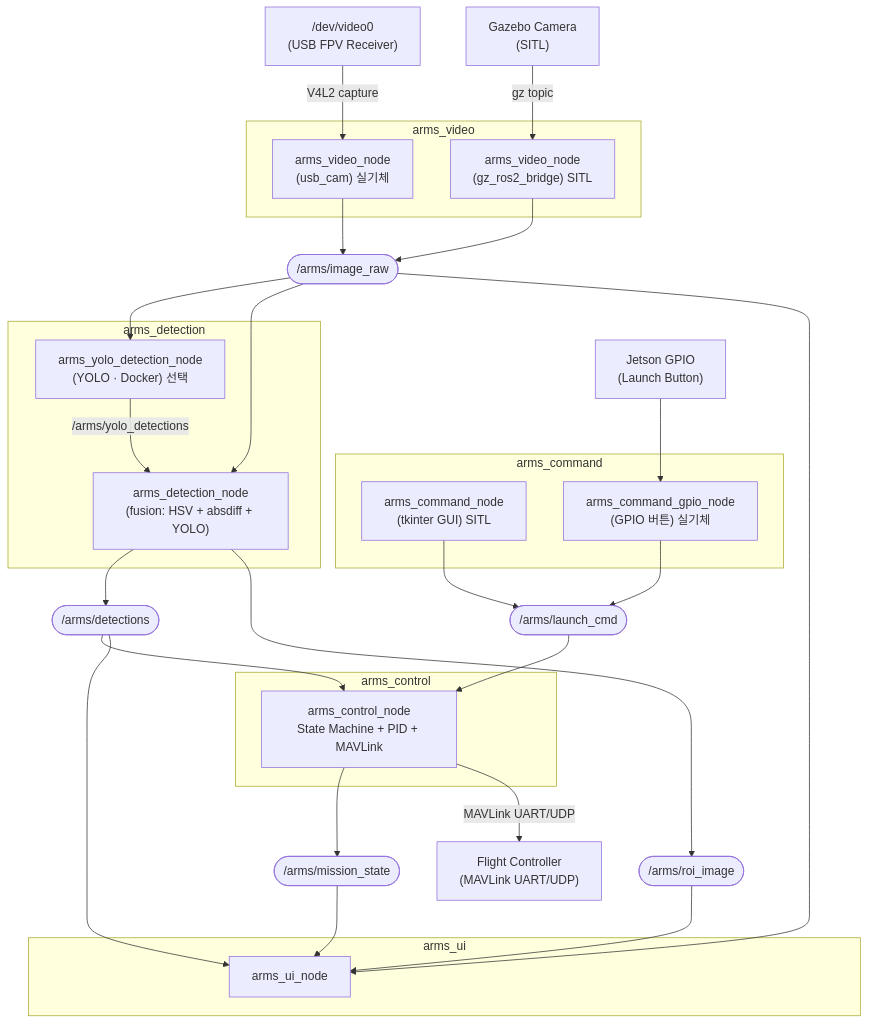
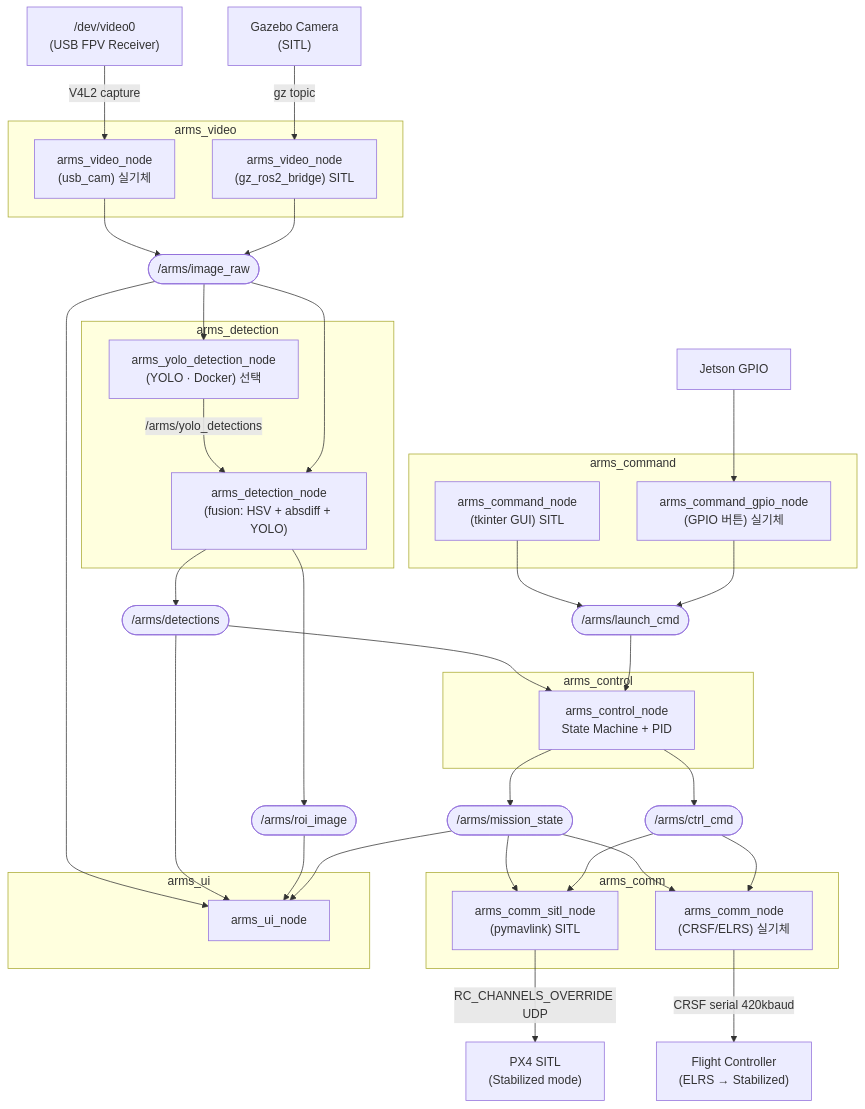
Before and after one commit to tokhun2002/A.R.M.S.-Anti-drone-Reusable-Modular-System-: the first of 3 diagrams in SW/docs/DESIGN.md, drawn with Mermaid. The commit also changed other lines of this file and 19 other files, not shown here.

Commit message:
fix: control, comm 분리

````diff
--- a/SW/docs/DESIGN.md
+++ b/SW/docs/DESIGN.md
@@ -59,59 +61,72 @@
 ```mermaid
 graph TD
+    GAZEBO["Gazebo Camera<br/>(SITL)"]
     V4L2["/dev/video0<br/>(USB FPV Receiver)"]
-    GAZEBO["Gazebo Camera<br/>(SITL)"]
-    GPIO["Jetson GPIO<br/>(Launch Button)"]
+    GPIO["Jetson GPIO"]
 
     subgraph arms_video ["arms_video"]
         VN_REAL["arms_video_node<br/>(usb_cam) 실기체"]
         VN_SITL["arms_video_node<br/>(gz_ros2_bridge) SITL"]
     end
 
     IMAGE(["/arms/image_raw"])
 
     subgraph arms_detection ["arms_detection"]
         DN_YOLO["arms_yolo_detection_node<br/>(YOLO · Docker) 선택"]
         DN_FUSION["arms_detection_node<br/>(fusion: HSV + absdiff + YOLO)"]
         DN_YOLO -->|/arms/yolo_detections| DN_FUSION
     end
 
     subgraph arms_command ["arms_command"]
         CMD_GUI["arms_command_node<br/>(tkinter GUI) SITL"]
         CMD_GPIO["arms_command_gpio_node<br/>(GPIO 버튼) 실기체"]
     end
 
     DETECTIONS(["/arms/detections"])
     ROI_IMAGE(["/arms/roi_image"])
     LAUNCH_CMD(["/arms/launch_cmd"])
     MISSION_STATE(["/arms/mission_state"])
+    CTRL_CMD(["/arms/ctrl_cmd"])
 
     subgraph arms_control ["arms_control"]
-        CN["arms_control_node<br/>State Machine + PID + MAVLink"]
+        CN["arms_control_node<br/>State Machine + PID"]
+    end
+
+    subgraph arms_comm ["arms_comm"]
+        COMM_SITL["arms_comm_sitl_node<br/>(pymavlink) SITL"]
+        COMM_HW["arms_comm_node<br/>(CRSF/ELRS) 실기체"]
     end
 
     subgraph arms_ui ["arms_ui"]
         UN["arms_ui_node"]
     end
 
-    FC["Flight Controller<br/>(MAVLink UART/UDP)"]
+    FC_SITL["PX4 SITL<br/>(Stabilized mode)"]
+    FC_HW["Flight Controller<br/>(ELRS → Stabilized)"]
 
     V4L2 -->|V4L2 capture| VN_REAL
     GAZEBO -->|gz topic| VN_SITL
     GPIO --> CMD_GPIO
     VN_REAL --> IMAGE
     VN_SITL --> IMAGE
     IMAGE --> DN_YOLO
     IMAGE --> DN_FUSION
     IMAGE --> UN
     DN_FUSION --> DETECTIONS
     DN_FUSION --> ROI_IMAGE
     DETECTIONS --> CN
     DETECTIONS --> UN
     ROI_IMAGE --> UN
     CMD_GUI --> LAUNCH_CMD
     CMD_GPIO --> LAUNCH_CMD
     LAUNCH_CMD --> CN
     CN --> MISSION_STATE
+    CN --> CTRL_CMD
     MISSION_STATE --> UN
-    CN -->|MAVLink UART/UDP| FC
+    MISSION_STATE --> COMM_SITL
+    MISSION_STATE --> COMM_HW
+    CTRL_CMD --> COMM_SITL
+    CTRL_CMD --> COMM_HW
+    COMM_SITL -->|RC_CHANNELS_OVERRIDE UDP| FC_SITL
+    COMM_HW -->|CRSF serial 420kbaud| FC_HW
 ```
````
